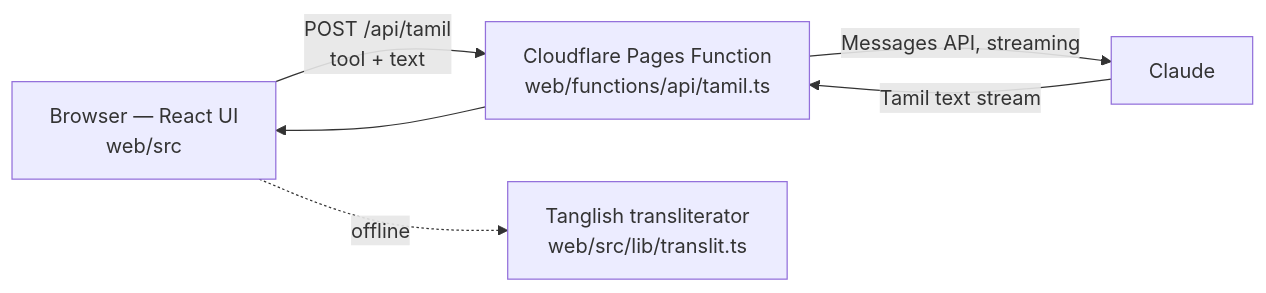
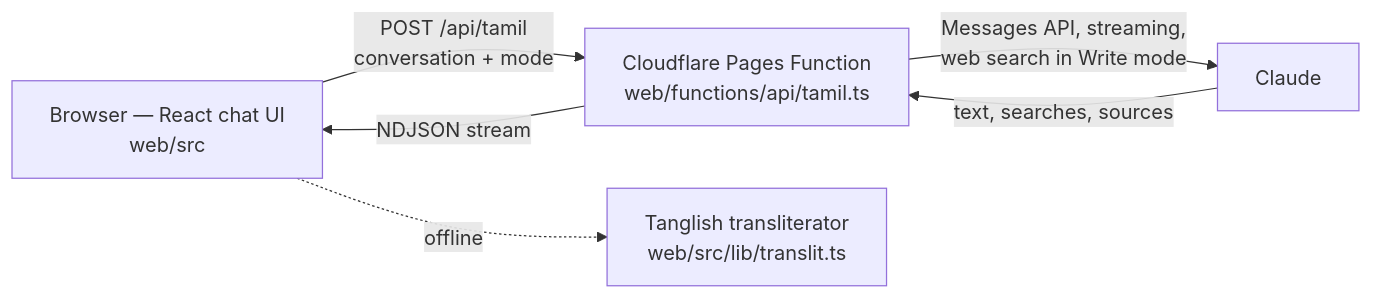
The diagram in README.md (yazhi-lem/illakiya), drawn with Mermaid before and after one commit. The commit also changed other lines of this file and 12 other files, not shown here.

First line of the commit message:
Illakiya chat: research and write anything in Tamil, cobalt Yazhi UI

````diff
--- a/README.md
+++ b/README.md
@@ -27,7 +30,7 @@
 ```mermaid
 graph LR
-    U[Browser — React UI<br/>web/src] -->|POST /api/tamil<br/>tool + text| F[Cloudflare Pages Function<br/>web/functions/api/tamil.ts]
-    F -->|Messages API, streaming| C[Claude]
-    C -->|Tamil text stream| F --> U
+    U[Browser — React chat UI<br/>web/src] -->|POST /api/tamil<br/>conversation + mode| F[Cloudflare Pages Function<br/>web/functions/api/tamil.ts]
+    F -->|Messages API, streaming,<br/>web search in Write mode| C[Claude]
+    C -->|text, searches, sources| F -->|NDJSON stream| U
     U -.->|offline| T[Tanglish transliterator<br/>web/src/lib/translit.ts]
 ```
````
